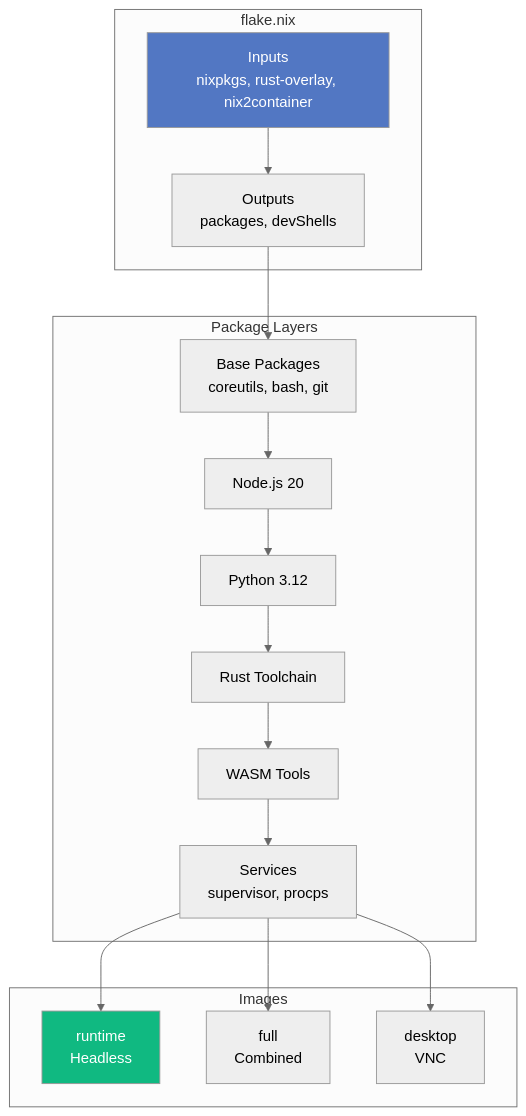
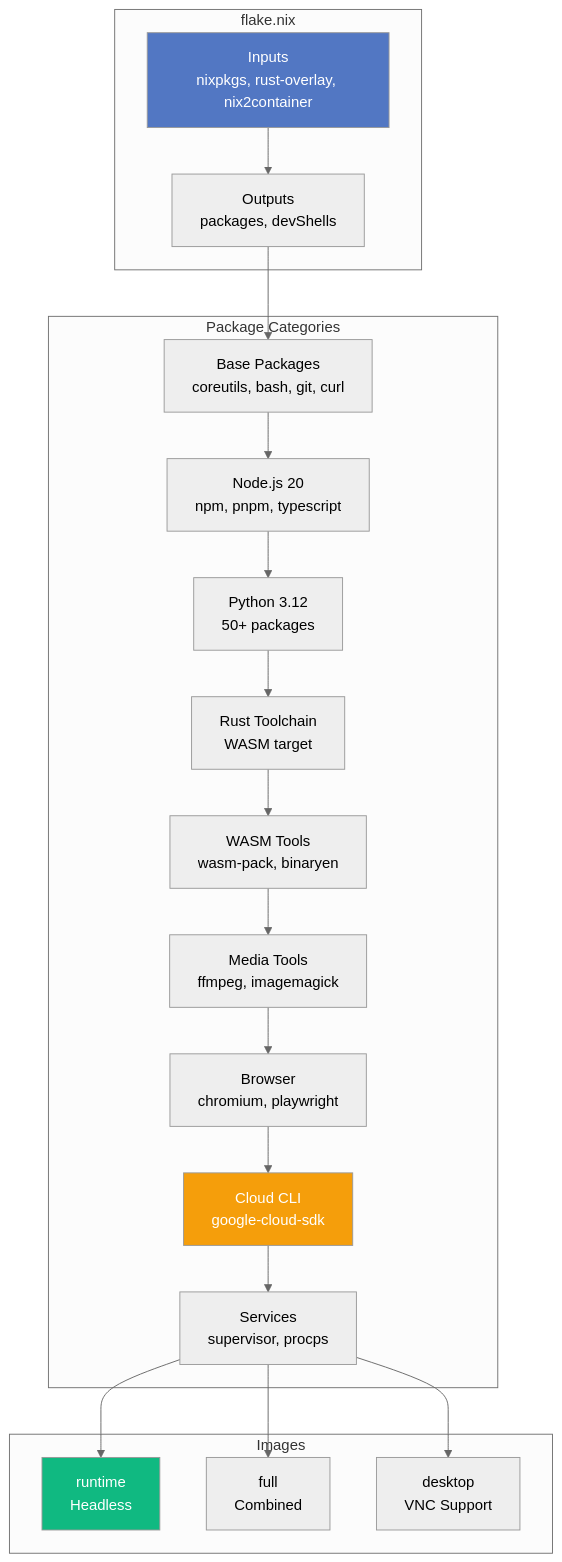
One commit to DreamLab-AI/agentbox changed the second of 3 diagrams in docs/adr/ADR-001-nixos-flakes.md. Above: the diagram before and after it, drawn with Mermaid (neutral theme). The commit also changed other lines of this file and 53 other files, not shown here.

````diff
--- a/docs/adr/ADR-001-nixos-flakes.md
+++ b/docs/adr/ADR-001-nixos-flakes.md
@@ -42,30 +43,35 @@
 ```mermaid
 flowchart TB
     subgraph "flake.nix"
         INPUTS[Inputs<br/>nixpkgs, rust-overlay, nix2container]
         OUTPUTS[Outputs<br/>packages, devShells]
     end
 
-    subgraph "Package Layers"
-        BASE[Base Packages<br/>coreutils, bash, git]
-        NODE[Node.js 20]
-        PYTHON[Python 3.12]
-        RUST[Rust Toolchain]
-        WASM[WASM Tools]
+    subgraph "Package Categories"
+        BASE[Base Packages<br/>coreutils, bash, git, curl]
+        NODE[Node.js 20<br/>npm, pnpm, typescript]
+        PYTHON[Python 3.12<br/>50+ packages]
+        RUST[Rust Toolchain<br/>WASM target]
+        WASM[WASM Tools<br/>wasm-pack, binaryen]
+        MEDIA[Media Tools<br/>ffmpeg, imagemagick]
+        BROWSER[Browser<br/>chromium, playwright]
+        CLOUD[Cloud CLI<br/>google-cloud-sdk]
         SERVICES[Services<br/>supervisor, procps]
     end
 
     subgraph "Images"
         RUNTIME[runtime<br/>Headless]
         FULL[full<br/>Combined]
-        DESKTOP[desktop<br/>VNC]
+        DESKTOP[desktop<br/>VNC Support]
     end
 
     INPUTS --> OUTPUTS
     OUTPUTS --> BASE
-    BASE --> NODE --> PYTHON --> RUST --> WASM --> SERVICES
+    BASE --> NODE --> PYTHON --> RUST --> WASM
+    WASM --> MEDIA --> BROWSER --> CLOUD --> SERVICES
     SERVICES --> RUNTIME & FULL & DESKTOP
 
     style INPUTS fill:#5277c3,color:#fff
     style RUNTIME fill:#10b981,color:#fff
+    style CLOUD fill:#f59e0b,color:#fff
 ```
````
